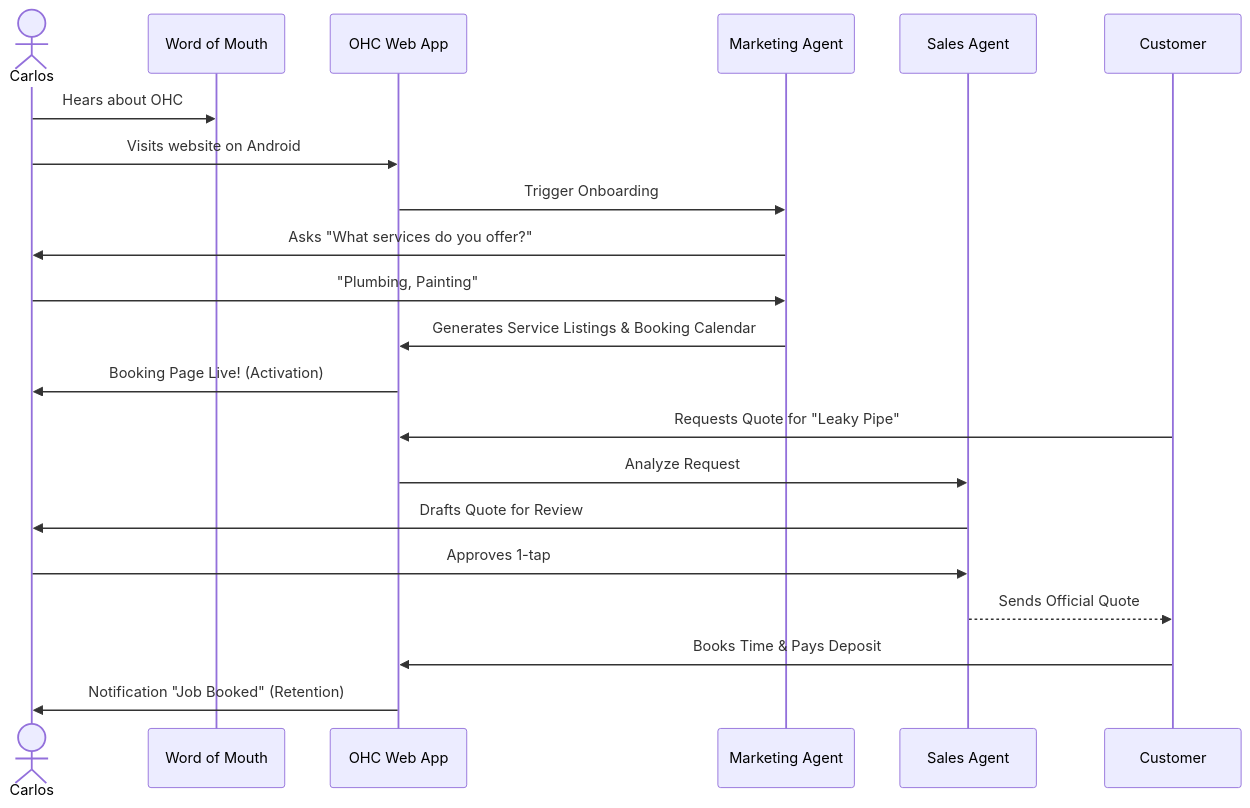
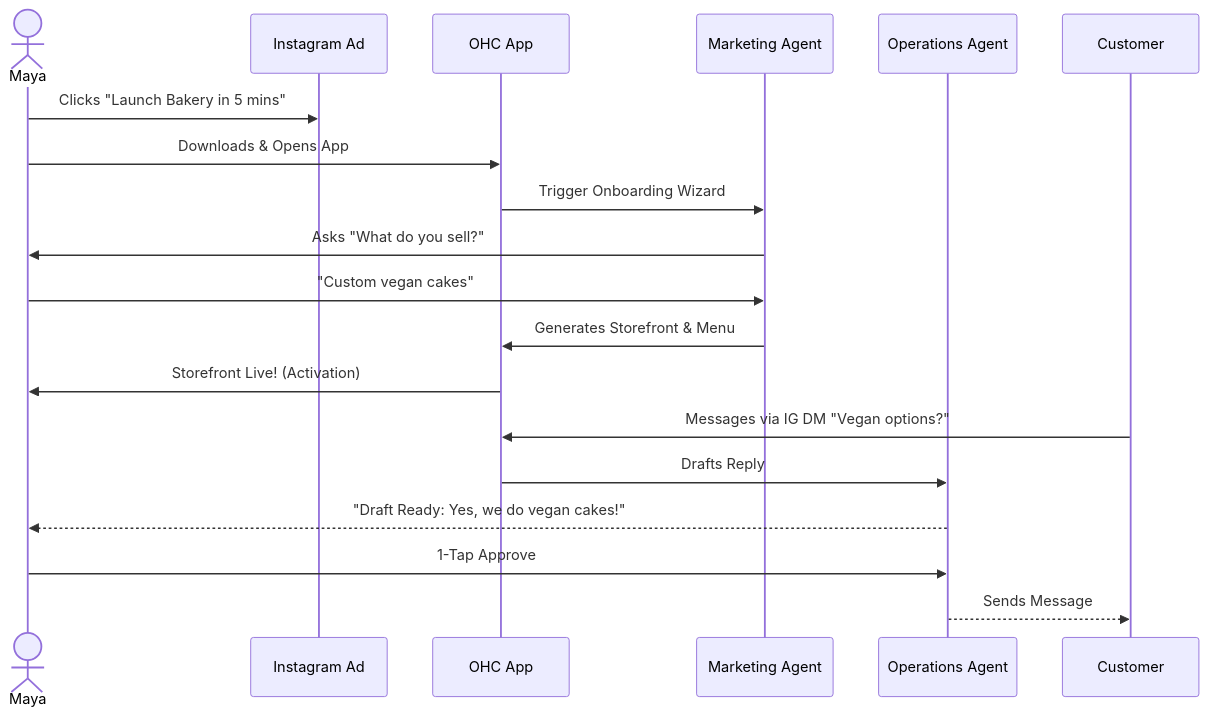
Before and after one commit to omnisolo-llc/onehumancorp: the second of 2 diagrams in .agent-task/report/task_output.md, drawn with Mermaid. The commit also changed other lines of this file, not shown here.

````diff
--- a/.agent-task/report/task_output.md
+++ b/.agent-task/report/task_output.md
@@ -70,24 +67,22 @@
 ```mermaid
 sequenceDiagram
-    actor Carlos
-    participant WoM as Word of Mouth
-    participant OHC as OHC Web App
+    actor Maya
+    participant Ad as Instagram Ad
+    participant OHC as OHC App
     participant AI_Mark as Marketing Agent
-    participant AI_Sales as Sales Agent
+    participant AI_Ops as Operations Agent
     participant Cust as Customer
 
-    Carlos->>WoM: Hears about OHC
-    Carlos->>OHC: Visits website on Android
-    OHC->>AI_Mark: Trigger Onboarding
-    AI_Mark->>Carlos: Asks "What services do you offer?"
-    Carlos->>AI_Mark: "Plumbing, Painting"
-    AI_Mark->>OHC: Generates Service Listings & Booking Calendar
-    OHC->>Carlos: Booking Page Live! (Activation)
-    Cust->>OHC: Requests Quote for "Leaky Pipe"
-    OHC->>AI_Sales: Analyze Request
-    AI_Sales->>Carlos: Drafts Quote for Review
-    Carlos->>AI_Sales: Approves 1-tap
-    AI_Sales-->>Cust: Sends Official Quote
-    Cust->>OHC: Books Time & Pays Deposit
-    OHC->>Carlos: Notification "Job Booked" (Retention)
+    Maya->>Ad: Clicks "Launch Bakery in 5 mins"
+    Maya->>OHC: Downloads & Opens App
+    OHC->>AI_Mark: Trigger Onboarding Wizard
+    AI_Mark->>Maya: Asks "What do you sell?"
+    Maya->>AI_Mark: "Custom vegan cakes"
+    AI_Mark->>OHC: Generates Storefront & Menu
+    OHC->>Maya: Storefront Live! (Activation)
+    Cust->>OHC: Messages via IG DM "Vegan options?"
+    OHC->>AI_Ops: Drafts Reply
+    AI_Ops-->>Maya: "Draft Ready: Yes, we do vegan cakes!"
+    Maya->>AI_Ops: 1-Tap Approve
+    AI_Ops-->>Cust: Sends Message
 ```
````
